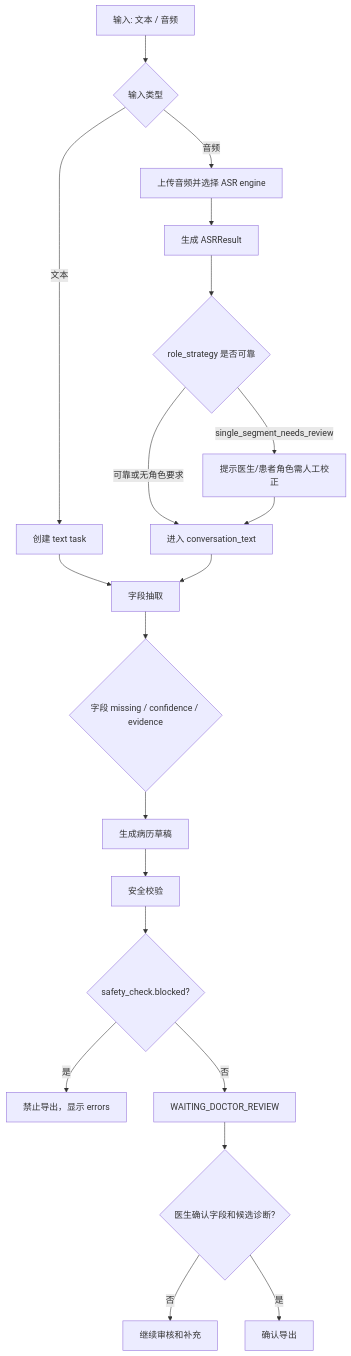
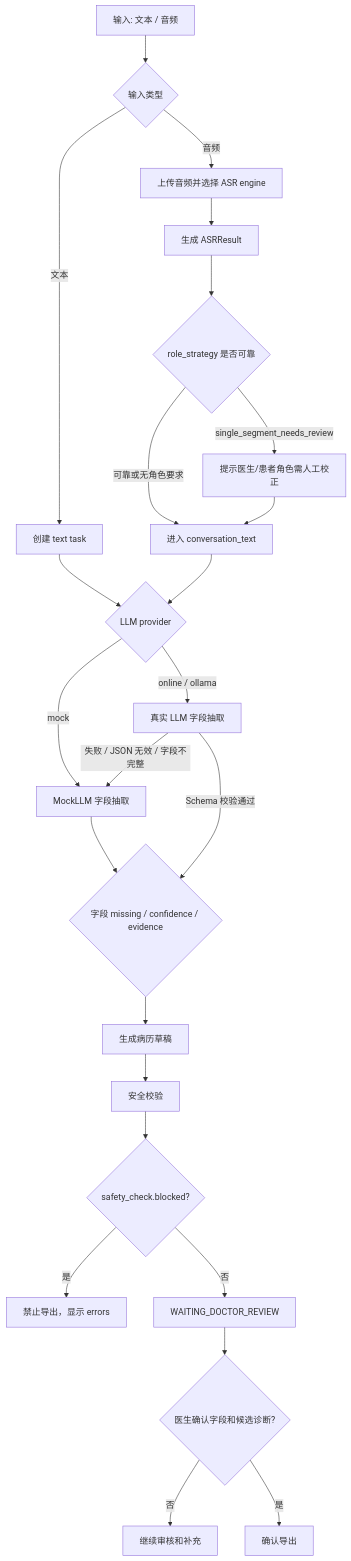
Before and after one commit to awa606/The-second-semester-of-the-junior-year-in-college: the diagram in Fundamentals of Artificial Intelligence/medical_record_agent/docs/scoring/decision_system.md, drawn with Mermaid. The commit also changed other lines of this file and 41 other files, not shown here.

Commit message:
Add agent trace and LLM provider status

````diff
--- a/Fundamentals of Artificial Intelligence/medical_record_agent/docs/scoring/decision_system.md
+++ b/Fundamentals of Artificial Intelligence/medical_record_agent/docs/scoring/decision_system.md
@@ -7,22 +7,26 @@
 ```mermaid
 flowchart TB
   A["输入: 文本 / 音频"] --> B{"输入类型"}
   B -- "文本" --> C["创建 text task"]
   B -- "音频" --> D["上传音频并选择 ASR engine"]
   D --> E["生成 ASRResult"]
   E --> F{"role_strategy 是否可靠"}
   F -- "single_segment_needs_review" --> G["提示医生/患者角色需人工校正"]
   F -- "可靠或无角色要求" --> H["进入 conversation_text"]
   G --> H
-  C --> I["字段抽取"]
+  C --> I{"LLM provider"}
   H --> I
-  I --> J{"字段 missing / confidence / evidence"}
-  J --> K["生成病历草稿"]
-  K --> L["安全校验"]
-  L --> M{"safety_check.blocked?"}
-  M -- "是" --> N["禁止导出，显示 errors"]
-  M -- "否" --> O["WAITING_DOCTOR_REVIEW"]
-  O --> P{"医生确认字段和候选诊断?"}
-  P -- "否" --> Q["继续审核和补充"]
-  P -- "是" --> R["确认导出"]
+  I -- "mock" --> J["MockLLM 字段抽取"]
+  I -- "online / ollama" --> K["真实 LLM 字段抽取"]
+  K -- "失败 / JSON 无效 / 字段不完整" --> J
+  J --> L{"字段 missing / confidence / evidence"}
+  K -- "Schema 校验通过" --> L
+  L --> M["生成病历草稿"]
+  M --> N["安全校验"]
+  N --> O{"safety_check.blocked?"}
+  O -- "是" --> P["禁止导出，显示 errors"]
+  O -- "否" --> Q["WAITING_DOCTOR_REVIEW"]
+  Q --> R{"医生确认字段和候选诊断?"}
+  R -- "否" --> S["继续审核和补充"]
+  R -- "是" --> T["确认导出"]
 ```
````
